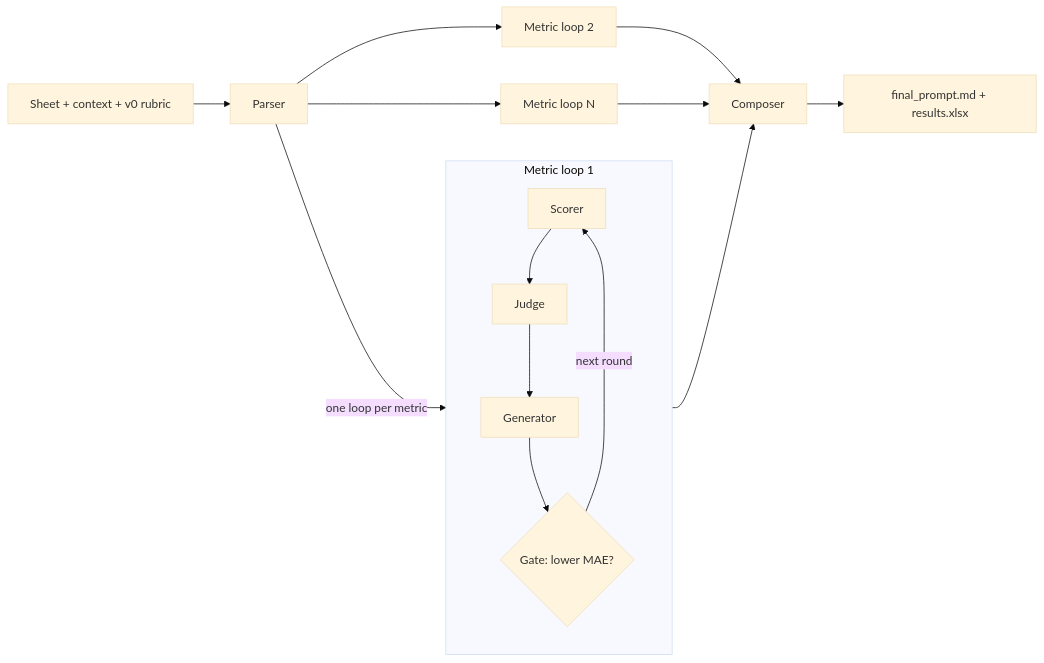
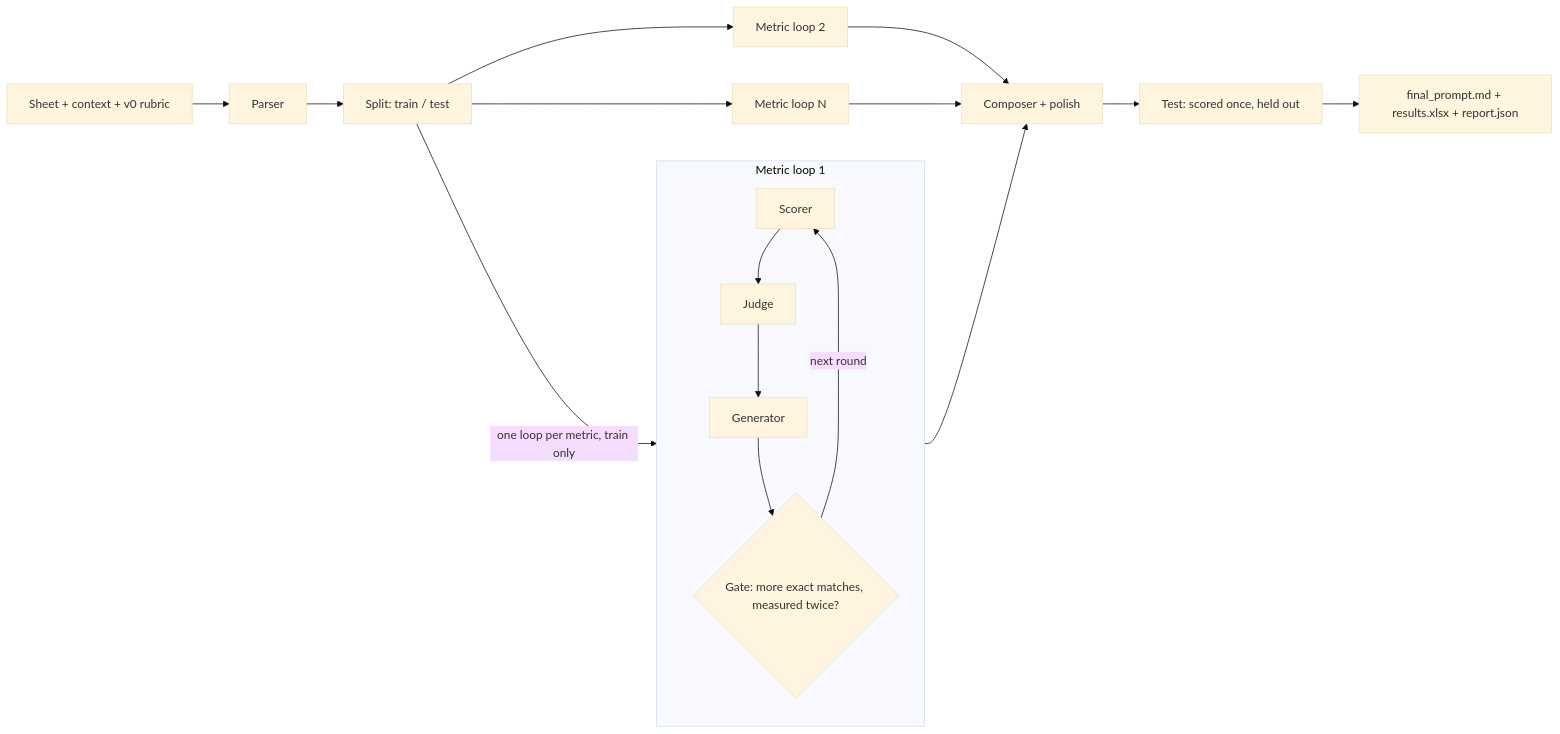
The diagram in README.md (vprashrex/Assessment-Agent-Experiment), drawn with Mermaid (base theme) before and after one commit. The commit also changed other lines of this file and 6 other files, not shown here.

First line of the commit message:
docs: README and CLAUDE.md for the split, the gate and the current layout; track docs/

````diff
--- a/README.md
+++ b/README.md
@@ -17,16 +17,18 @@
 ```mermaid
 flowchart LR
     IN[Sheet + context + v0 rubric] --> P[Parser]
-    P -->|one loop per metric| L1
-    P --> L2[Metric loop 2]
-    P --> L3[Metric loop N]
+    P --> S[Split: train / test]
+    S -->|one loop per metric, train only| L1
+    S --> L2[Metric loop 2]
+    S --> L3[Metric loop N]
     subgraph L1 [Metric loop 1]
         direction TB
-        SC[Scorer] --> J[Judge] --> G[Generator] --> GT{Gate: lower MAE?}
+        SC[Scorer] --> J[Judge] --> G[Generator] --> GT{Gate: more exact matches, measured twice?}
         GT -->|next round| SC
     end
-    L1 --> C[Composer]
+    L1 --> C[Composer + polish]
     L2 --> C
     L3 --> C
-    C --> OUT[final_prompt.md + results.xlsx]
+    C --> T[Test: scored once, held out]
+    T --> OUT[final_prompt.md + results.xlsx + report.json]
 ```
````
